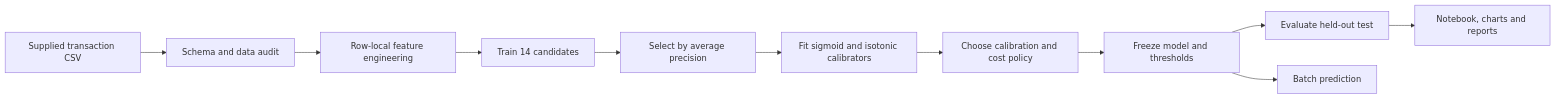
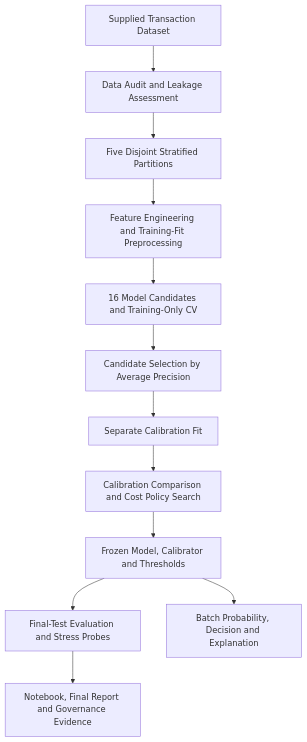
The diagram in README.md (Manesha03/fraud-risk-intelligence-pipeline), drawn with Mermaid before and after one commit. The commit also changed other lines of this file, not shown here.

Commit message:
update README with project overview, feature cards and results

````diff
--- a/README.md
+++ b/README.md
@@ -79,13 +160,14 @@
 ```mermaid
-flowchart LR
-    A[Supplied transaction CSV] --> B[Schema and data audit]
-    B --> C[Row-local feature engineering]
-    C --> D[Train 14 candidates]
-    D --> E[Select by average precision]
-    E --> F[Fit sigmoid and isotonic calibrators]
-    F --> G[Choose calibration and cost policy]
-    G --> H[Freeze model and thresholds]
-    H --> I[Evaluate held-out test]
-    H --> J[Batch prediction]
-    I --> K[Notebook, charts and reports]
+flowchart TD
+    A[Supplied Transaction Dataset] --> B[Data Audit and Leakage Assessment]
+    B --> C[Five Disjoint Stratified Partitions]
+    C --> D[Feature Engineering and Training-Fit Preprocessing]
+    D --> E[16 Model Candidates and Training-Only CV]
+    E --> F[Candidate Selection by Average Precision]
+    F --> G[Separate Calibration Fit]
+    G --> H[Calibration Comparison and Cost Policy Search]
+    H --> I[Frozen Model, Calibrator and Thresholds]
+    I --> J[Final-Test Evaluation and Stress Probes]
+    I --> K[Batch Probability, Decision and Explanation]
+    J --> L[Notebook, Final Report and Governance Evidence]
 ```
````
